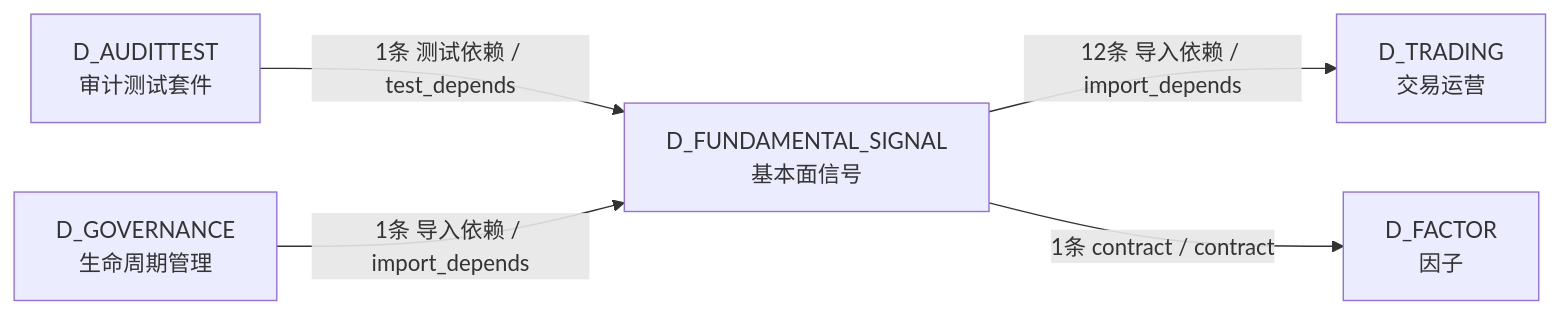
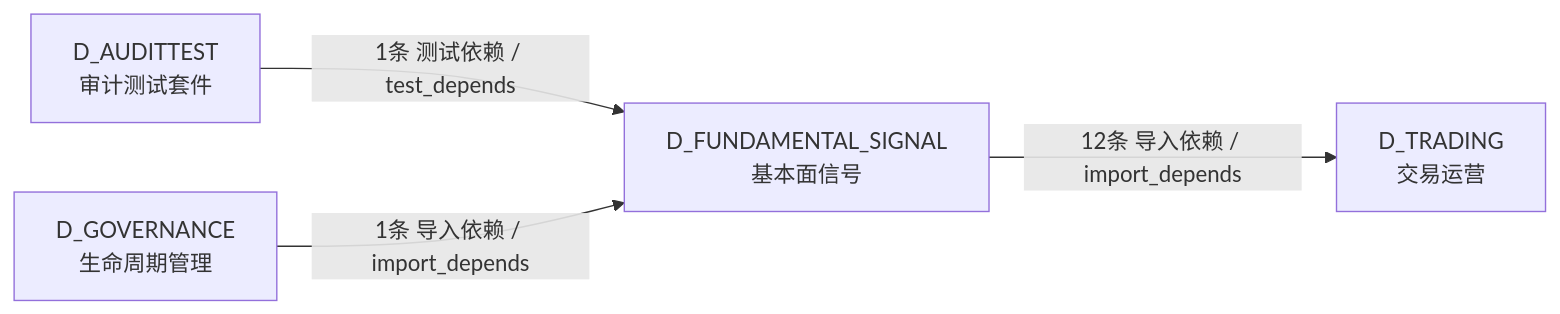
Before and after one commit to xuanFelixVan/ZephyrAlpha: the fourth of 4 diagrams in docs/02_enterprise_architecture/02_domain_architecture_docs/35_d_fundamental_signal.md, drawn with Mermaid. The commit also changed other lines of this file and 112 other files, not shown here.

````diff
--- a/docs/02_enterprise_architecture/02_domain_architecture_docs/35_d_fundamental_signal.md
+++ b/docs/02_enterprise_architecture/02_domain_architecture_docs/35_d_fundamental_signal.md
@@ -288,12 +283,10 @@
 ```mermaid
 graph LR
     D_FUNDAMENTAL_SIGNAL["D_FUNDAMENTAL_SIGNAL<br/>基本面信号"]
     D_TRADING["D_TRADING<br/>交易运营"]
-    D_FACTOR["D_FACTOR<br/>因子"]
     D_AUDITTEST["D_AUDITTEST<br/>审计测试套件"]
     D_GOVERNANCE["D_GOVERNANCE<br/>生命周期管理"]
     D_FUNDAMENTAL_SIGNAL -->|12条 导入依赖 / import_depends| D_TRADING
-    D_FUNDAMENTAL_SIGNAL -->|1条 contract / contract| D_FACTOR
     D_AUDITTEST -->|1条 测试依赖 / test_depends| D_FUNDAMENTAL_SIGNAL
     D_GOVERNANCE -->|1条 导入依赖 / import_depends| D_FUNDAMENTAL_SIGNAL
 ```
````
